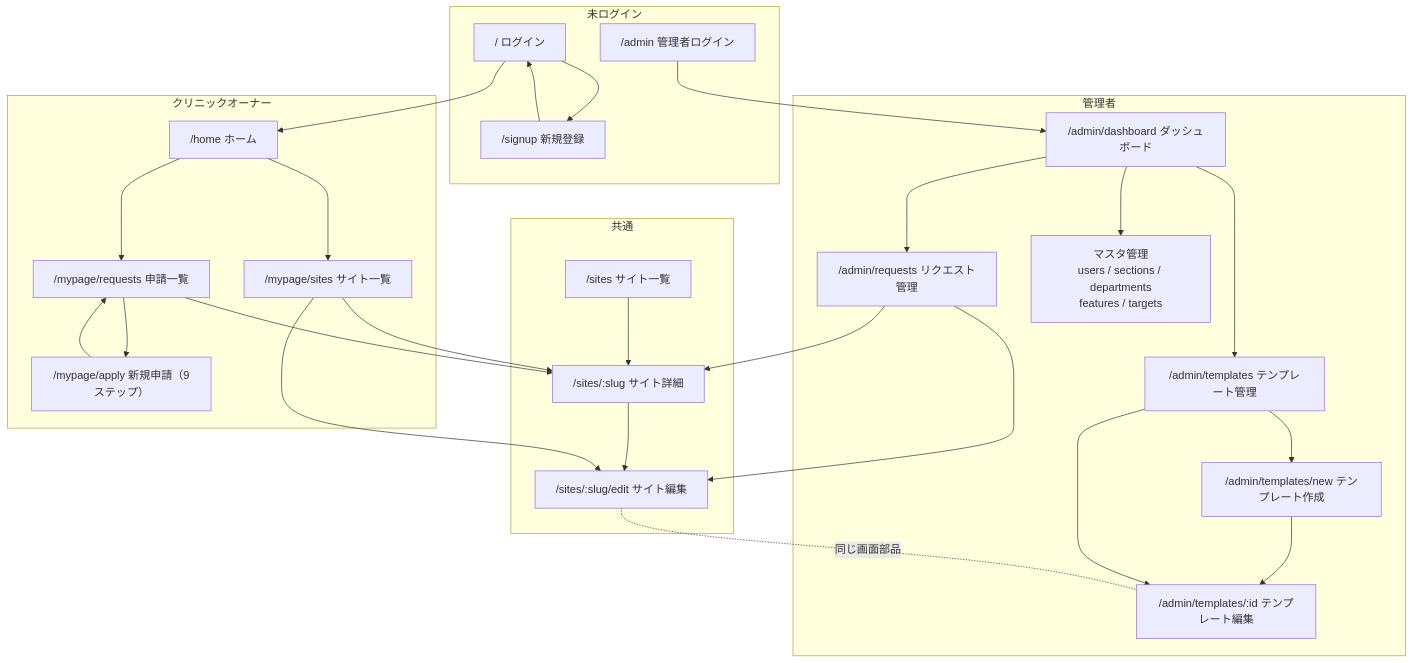
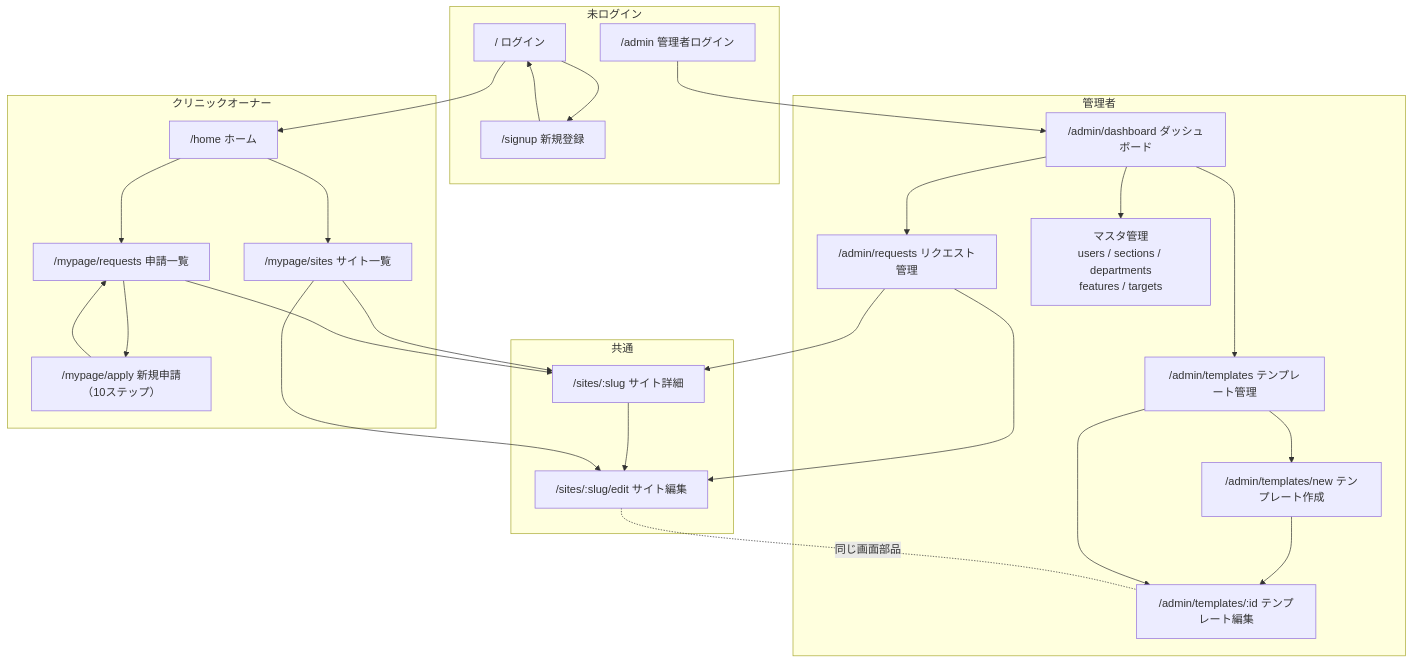
The first of 2 diagrams in docs/SCREENS.md (codegenius-1998/Clinc-HP), drawn with Mermaid before and after one commit. The commit also changed other lines of this file and 26 other files, not shown here.

````diff
--- a/docs/SCREENS.md
+++ b/docs/SCREENS.md
@@ -41,38 +41,38 @@
 ```mermaid
 graph TD
   subgraph 未ログイン
     L["/ ログイン"] --> SU["/signup 新規登録"]
     SU --> L
     AL["/admin 管理者ログイン"]
   end
 
   subgraph クリニックオーナー
     L --> HOME["/home ホーム"]
     HOME --> REQ["/mypage/requests 申請一覧"]
-    REQ --> APPLY["/mypage/apply 新規申請（9ステップ）"]
+    REQ --> APPLY["/mypage/apply 新規申請（10ステップ）"]
     APPLY --> REQ
     HOME --> MSITES["/mypage/sites サイト一覧"]
   end
 
   subgraph 管理者
     AL --> DASH["/admin/dashboard ダッシュボード"]
     DASH --> AREQ["/admin/requests リクエスト管理"]
     DASH --> TPL["/admin/templates テンプレート管理"]
     TPL --> TNEW["/admin/templates/new テンプレート作成"]
     TNEW --> TEDIT["/admin/templates/:id テンプレート編集"]
     TPL --> TEDIT
     DASH --> MASTER["マスタ管理<br/>users / sections / departments<br/>features / targets"]
   end
 
   subgraph 共通
-    SITES["/sites サイト一覧"] --> DETAIL["/sites/:slug サイト詳細"]
+    DETAIL["/sites/:slug サイト詳細"]
     DETAIL --> EDIT["/sites/:slug/edit サイト編集"]
     MSITES --> DETAIL
     MSITES --> EDIT
     AREQ --> DETAIL
     AREQ --> EDIT
     REQ --> DETAIL
   end
 
   EDIT -. 同じ画面部品 .- TEDIT
 ```
````
